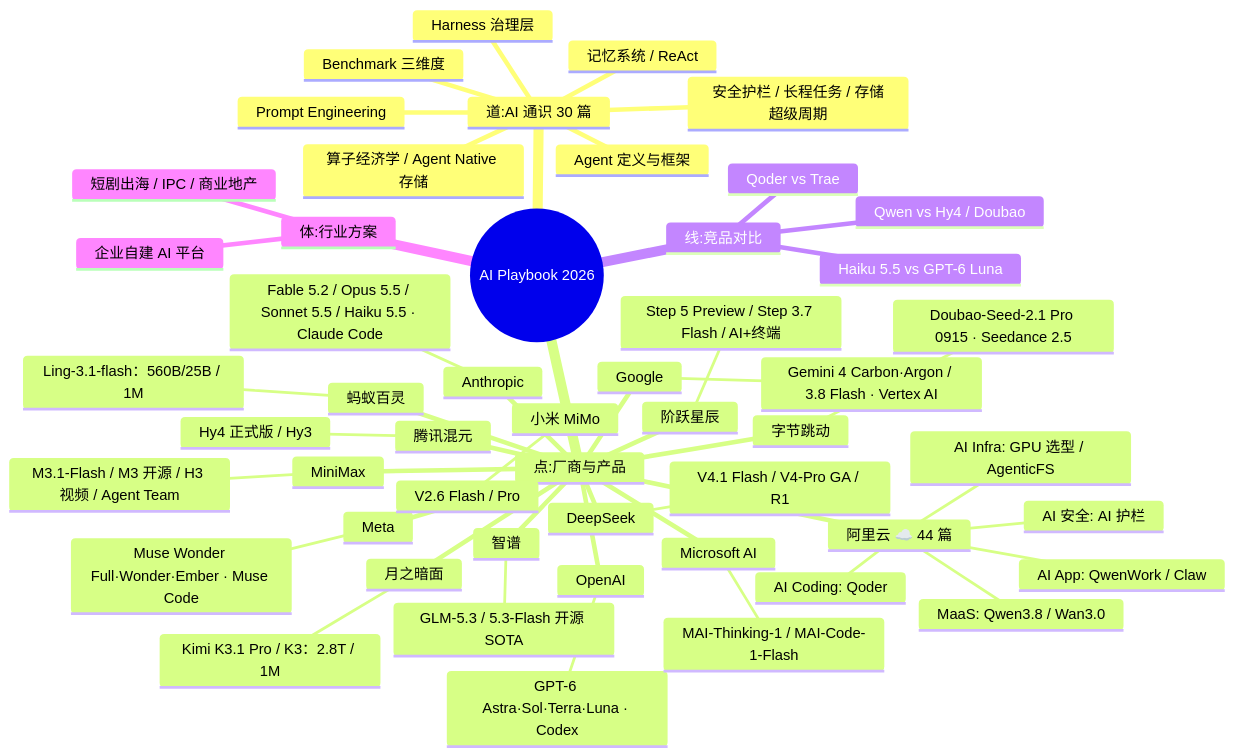
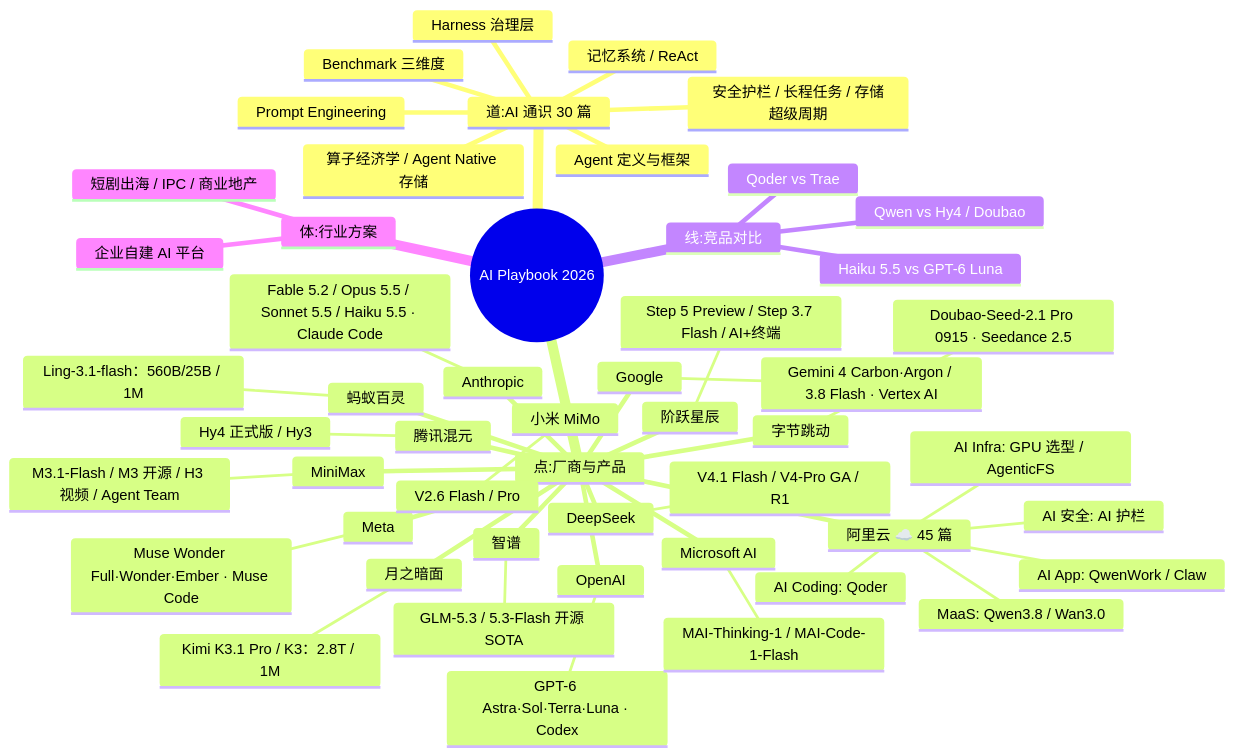
One commit to EthanNiWorld/ai-playbook-2026 changed the first of 2 diagrams in README.md. Above: the diagram before and after it, drawn with Mermaid. The commit also changed other lines of this file and 4 other files, not shown here.

````diff
--- a/README.md
+++ b/README.md
@@ -154,54 +154,54 @@
 ```mermaid
 mindmap
   root((AI Playbook 2026))
     道:AI 通识 30 篇
       Agent 定义与框架
       Harness 治理层
       Prompt Engineering
       Benchmark 三维度
       记忆系统 / ReAct
       安全护栏 / 长程任务 / 存储超级周期
       算子经济学 / Agent Native 存储
     点:厂商与产品
-      阿里云 ☁️ 44 篇
+      阿里云 ☁️ 45 篇
         MaaS: Qwen3.8 / Wan3.0
         AI Coding: Qoder
         AI App: QwenWork / Claw
         AI Infra: GPU 选型 / AgenticFS
         AI 安全: AI 护栏
       Anthropic
         Fable 5.2 / Opus 5.5 / Sonnet 5.5 / Haiku 5.5 · Claude Code
       OpenAI
         GPT-6 Astra·Sol·Terra·Luna · Codex
       Google
         Gemini 4 Carbon·Argon / 3.8 Flash · Vertex AI
       Microsoft AI
         MAI-Thinking-1 / MAI-Code-1-Flash
       Meta
         Muse Wonder Full·Wonder·Ember · Muse Code
       DeepSeek
         V4.1 Flash / V4-Pro GA / R1
       智谱
         GLM-5.3 / 5.3-Flash 开源 SOTA
       月之暗面
         Kimi K3.1 Pro / K3：2.8T / 1M
       MiniMax
         M3.1-Flash / M3 开源 / H3 视频 / Agent Team
       字节跳动
         Doubao-Seed-2.1 Pro 0915 · Seedance 2.5
       腾讯混元
         Hy4 正式版 / Hy3
       小米 MiMo
         V2.6 Flash / Pro
       阶跃星辰
         Step 5 Preview / Step 3.7 Flash / AI+终端
       蚂蚁百灵
         Ling-3.1-flash：560B/25B / 1M
     线:竞品对比
       Qoder vs Trae
       Qwen vs Hy4 / Doubao
       Haiku 5.5 vs GPT-6 Luna
     体:行业方案
       企业自建 AI 平台
       短剧出海 / IPC / 商业地产
 ```
````
